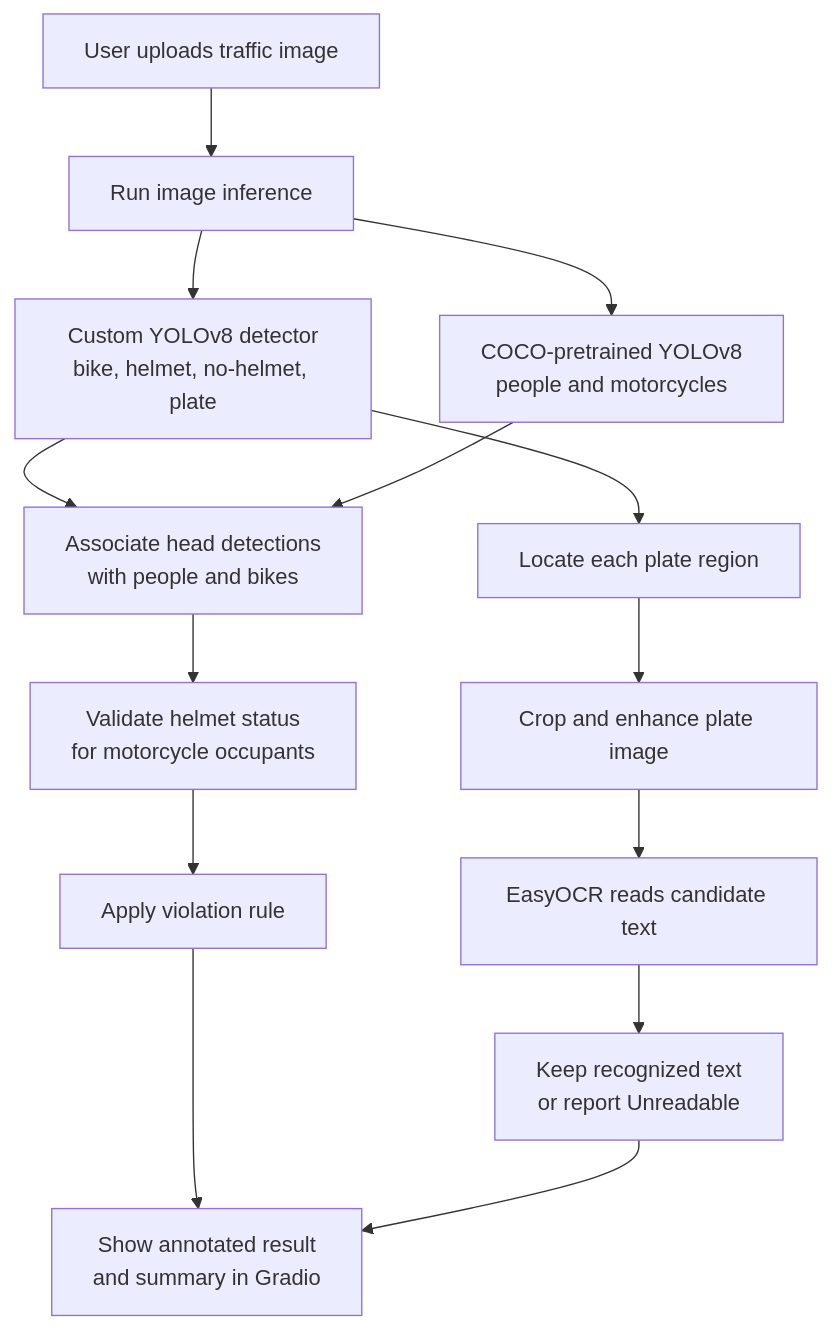
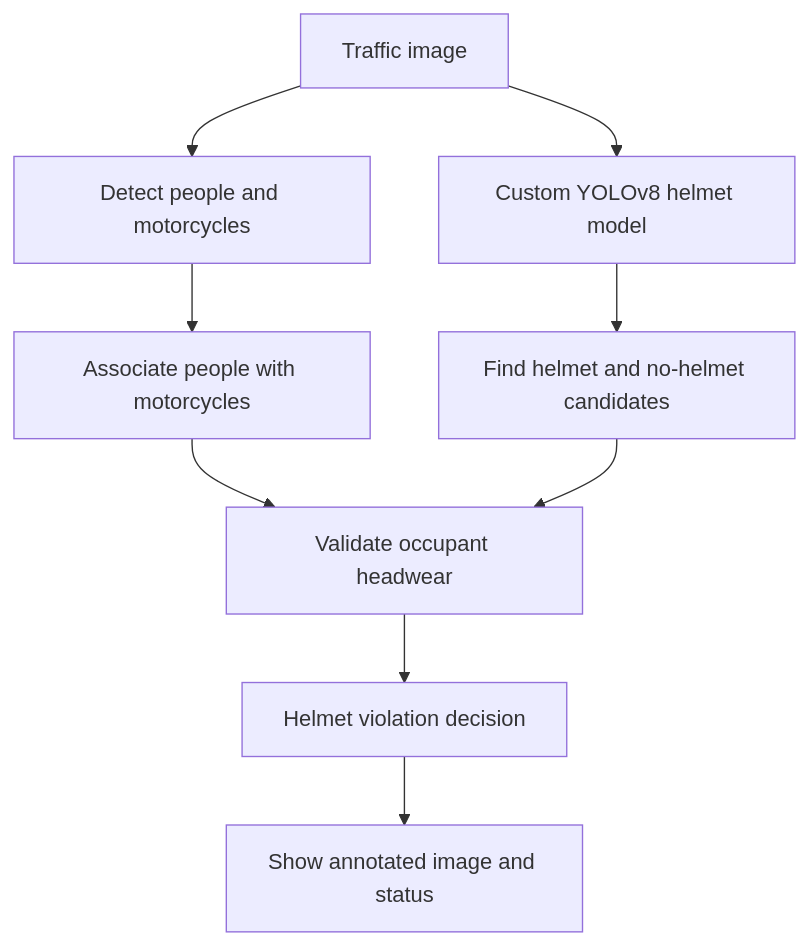
Before and after one commit to Jingjing468/motorcycle-helmet-violation-detection: the first of 2 diagrams in README.md, drawn with Mermaid. The commit also changed other lines of this file, not shown here.

Commit message:
Refocus README on helmet violation detection

````diff
--- a/README.md
+++ b/README.md
@@ -21,16 +49,11 @@
 ```mermaid
 flowchart TD
-    A[User uploads traffic image] --> B[Run image inference]
-    B --> C[Custom YOLOv8 detector<br/>bike, helmet, no-helmet, plate]
-    B --> D[COCO-pretrained YOLOv8<br/>people and motorcycles]
-    C --> E[Associate head detections<br/>with people and bikes]
-    D --> E
-    E --> F[Validate helmet status<br/>for motorcycle occupants]
-    C --> G[Locate each plate region]
-    G --> H[Crop and enhance plate image]
-    H --> I[EasyOCR reads candidate text]
-    F --> J[Apply violation rule]
-    I --> K[Keep recognized text<br/>or report Unreadable]
-    J --> L[Show annotated result<br/>and summary in Gradio]
-    K --> L
+    A[Traffic image] --> B[Detect people and motorcycles]
+    A --> C[Custom YOLOv8 helmet model]
+    B --> D[Associate people with motorcycles]
+    C --> E[Find helmet and no-helmet candidates]
+    D --> F[Validate occupant headwear]
+    E --> F
+    F --> G[Helmet violation decision]
+    G --> H[Show annotated image and status]
 ```
````
